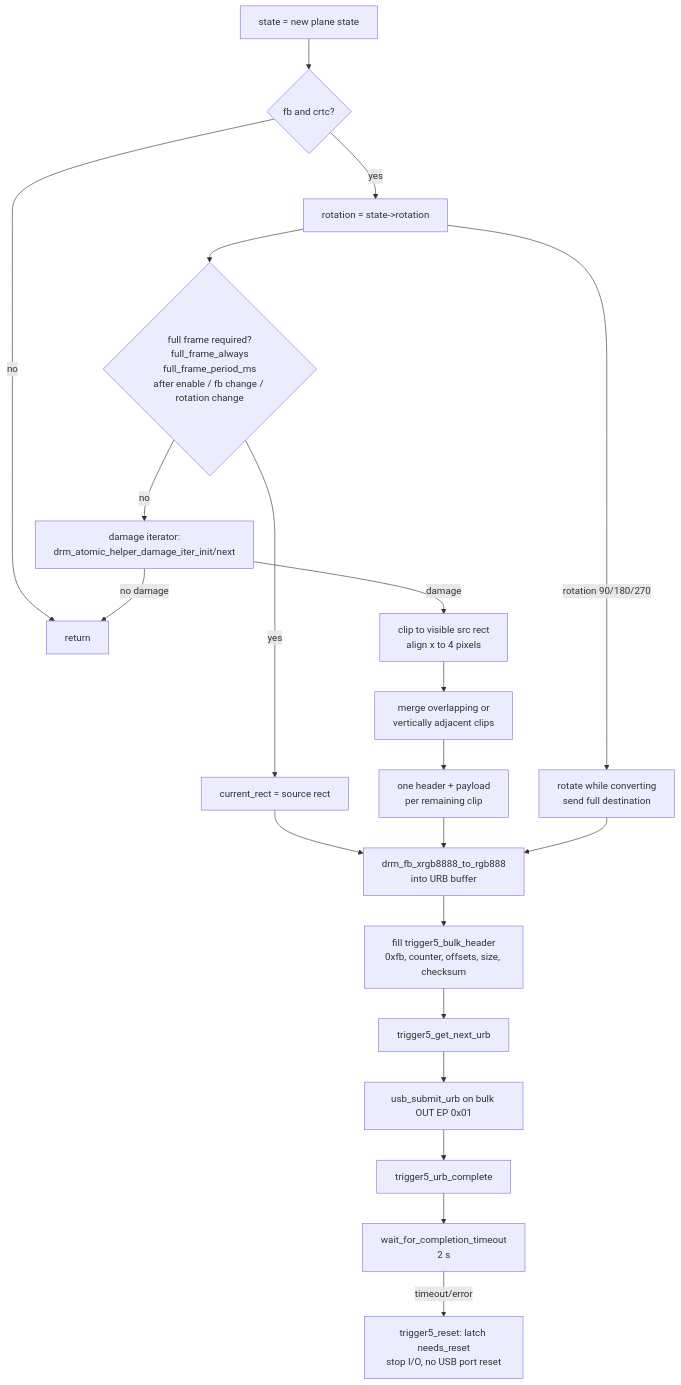
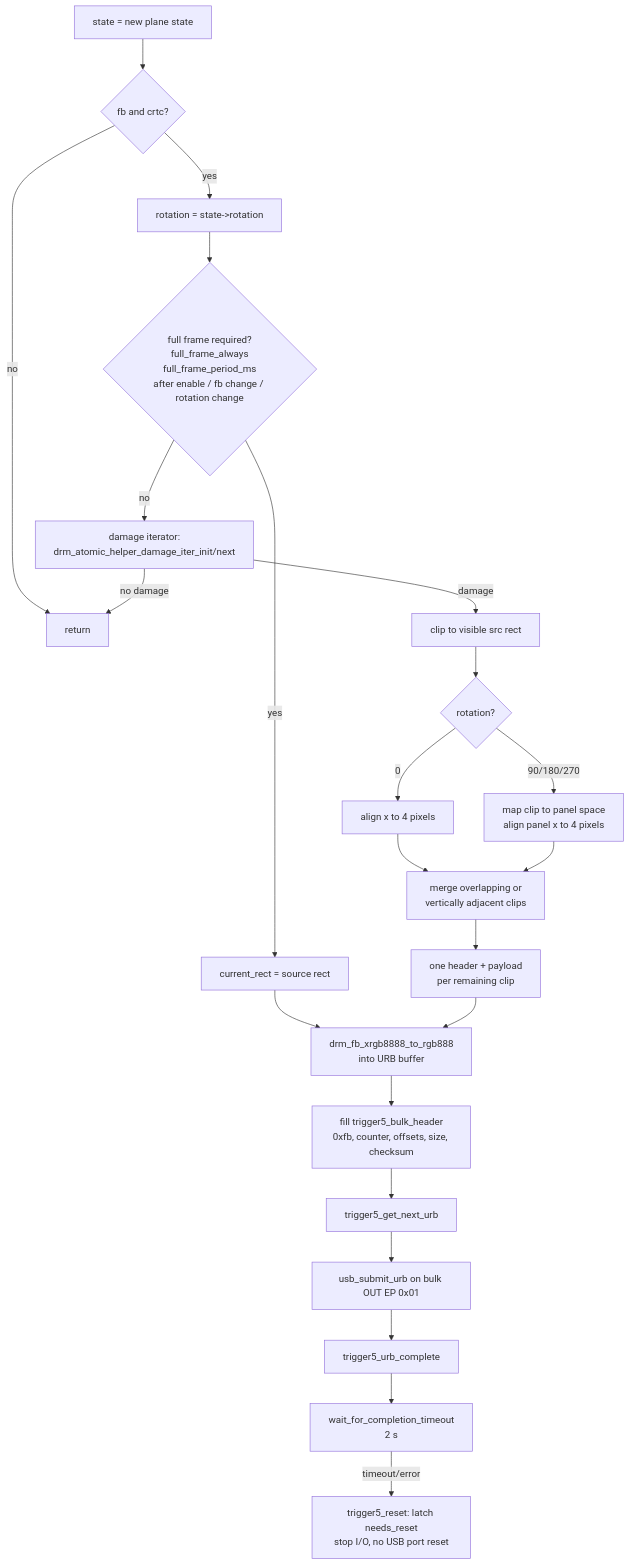
One commit to IdoitEngineer/mct-trigger5-linux changed the third of 4 diagrams in docs/call-flow.md. Above: the diagram before and after it, drawn with Mermaid. The commit also changed other lines of this file and 17 other files, not shown here.

First line of the commit message:
driver: partial damage updates under rotation

````diff
--- a/docs/call-flow.md
+++ b/docs/call-flow.md
@@ -128,23 +128,25 @@
 ```mermaid
 flowchart TD
     A["state = new plane state"] --> B{"fb and crtc?"}
     B -- no --> Z["return"]
     B -- yes --> C["rotation = state->rotation"]
     C --> D{"full frame required?<br/>full_frame_always<br/>full_frame_period_ms<br/>after enable / fb change / rotation change"}
     D -- yes --> E["current_rect = source rect"]
     D -- no --> F["damage iterator:<br/>drm_atomic_helper_damage_iter_init/next"]
     F -->|no damage| Z
-    F -->|damage| G["clip to visible src rect<br/>align x to 4 pixels"]
-    G --> G2["merge overlapping or<br/>vertically adjacent clips"]
+    F -->|damage| G["clip to visible src rect"]
+    G --> G3{"rotation?"}
+    G3 -- 0 --> G4["align x to 4 pixels"]
+    G3 -- 90/180/270 --> G5["map clip to panel space<br/>align panel x to 4 pixels"]
+    G4 --> G2["merge overlapping or<br/>vertically adjacent clips"]
+    G5 --> G2
     E --> H["drm_fb_xrgb8888_to_rgb888<br/>into URB buffer"]
     G2 --> H2["one header + payload<br/>per remaining clip"]
     H2 --> H
-    C -->|rotation 90/180/270| I["rotate while converting<br/>send full destination"]
-    I --> H
     H --> J["fill trigger5_bulk_header<br/>0xfb, counter, offsets, size, checksum"]
     J --> K["trigger5_get_next_urb"]
     K --> L["usb_submit_urb on bulk OUT EP 0x01"]
     L --> M["trigger5_urb_complete"]
     M --> N["wait_for_completion_timeout<br/>2 s"]
     N -->|timeout/error| O["trigger5_reset: latch needs_reset<br/>stop I/O, no USB port reset"]
 ```
````
